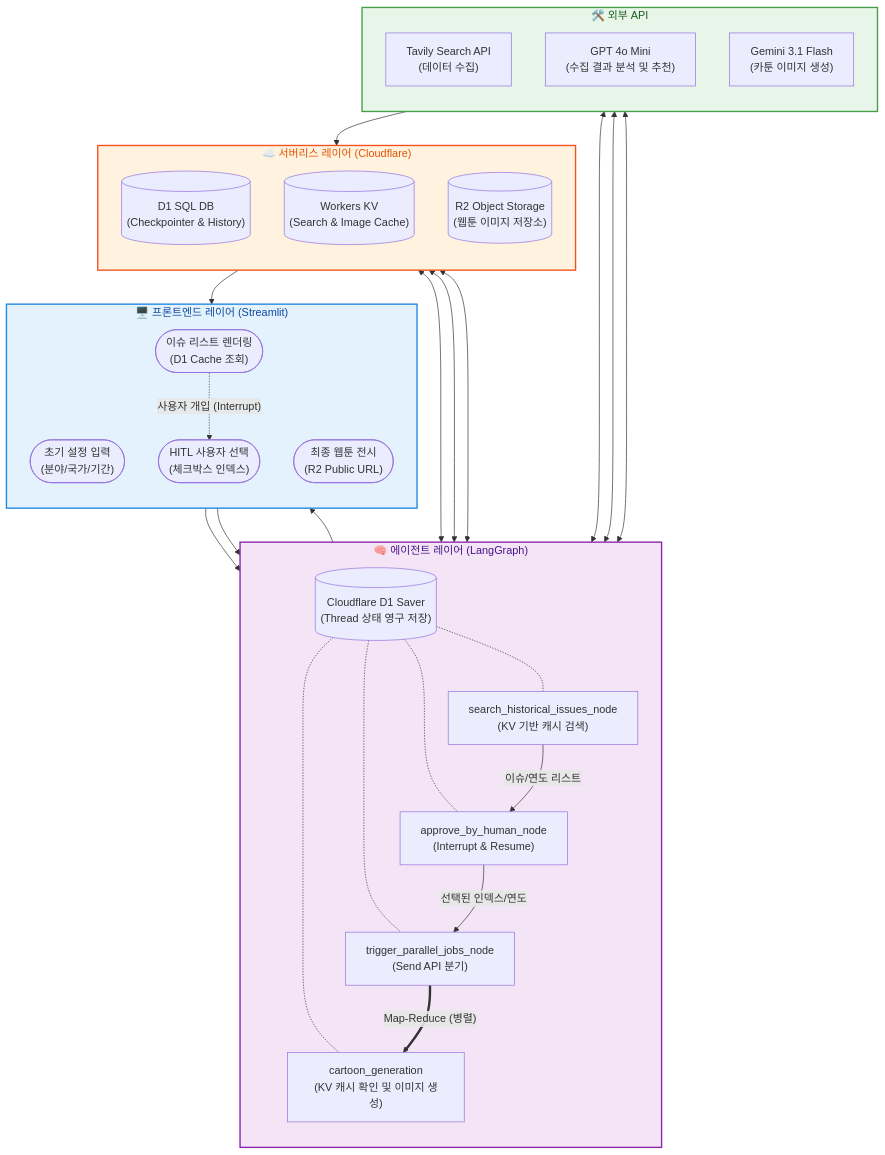
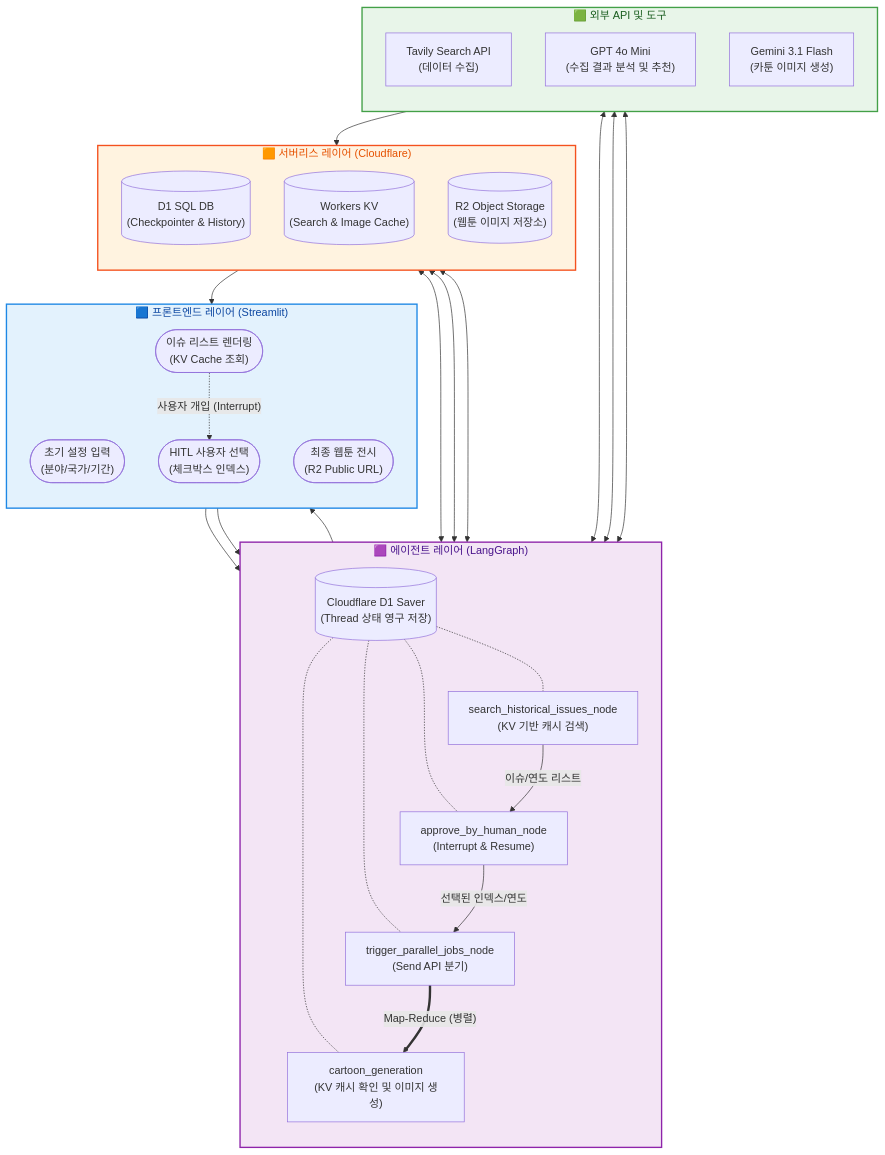
The diagram in geo_master_agents/README.md (toweringcloud/reflex-langgraph-challenge), drawn with Mermaid before and after one commit. The commit also changed other lines of this file and 3 other files, not shown here.

````diff
--- a/geo_master_agents/README.md
+++ b/geo_master_agents/README.md
@@ -51,66 +51,66 @@
 ```mermaid
 flowchart TB
     %% 스타일 정의
     classDef interface fill:#e3f2fd,stroke:#1e88e5,stroke-width:2px,color:#0d47a1
     classDef agent fill:#f3e5f5,stroke:#8e24aa,stroke-width:2px,color:#4a148c
     classDef serverless fill:#fff3e0,stroke:#f4511e,stroke-width:2px,color:#e65100
     classDef tools fill:#e8f5e9,stroke:#43a047,stroke-width:2px,color:#1b5e20
 
-    subgraph Interface ["🖥️ 프론트엔드 레이어 (Streamlit)"]
+    subgraph Interface ["🟦 프론트엔드 레이어 (Streamlit)"]
         direction TB
         UI1(["초기 설정 입력<br/>(분야/국가/기간)"])
-        UI2(["이슈 리스트 렌더링<br/>(D1 Cache 조회)"])
+        UI2(["이슈 리스트 렌더링<br/>(KV Cache 조회)"])
         UI3(["HITL 사용자 선택<br/>(체크박스 인덱스)"])
         UI4(["최종 웹툰 전시<br/>(R2 Public URL)"])
     end
 
-    subgraph Agent ["🧠 에이전트 레이어 (LangGraph)"]
+    subgraph Agent ["🟪 에이전트 레이어 (LangGraph)"]
         direction TB
         Saver[("Cloudflare D1 Saver<br/>(Thread 상태 영구 저장)")]
         N1["search_historical_issues_node<br/>(KV 기반 캐시 검색)"]
         N2["approve_by_human_node<br/>(Interrupt & Resume)"]
         N3["trigger_parallel_jobs_node<br/>(Send API 분기)"]
         N4["cartoon_generation<br/>(KV 캐시 확인 및 이미지 생성)"]
 
         Saver -.- N1 & N2 & N3 & N4
         N1 -->|이슈/연도 리스트| N2
         N2 -->|선택된 인덱스/연도| N3
         N3 == "Map-Reduce (병렬)" ==> N4
     end
 
-    subgraph Serverless ["☁️ 서버리스 레이어 (Cloudflare)"]
+    subgraph Serverless ["🟧 서버리스 레이어 (Cloudflare)"]
         direction TB
         D1[("D1 SQL DB<br/>(Checkpointer & History)")]
         KV[("Workers KV<br/>(Search & Image Cache)")]
         R2[("R2 Object Storage<br/>(웹툰 이미지 저장소)")]
     end
 
-    subgraph Tools ["🛠️ 외부 API"]
+    subgraph Tools ["🟩 외부 API 및 도구"]
         direction TB
         Tavily["Tavily Search API<br/>(데이터 수집)"]
         GPT["GPT 4o Mini<br/>(수집 결과 분석 및 추천)"]
         Gemini["Gemini 3.1 Flash<br/>(카툰 이미지 생성)"]
     end
 
     %% 상호작용 흐름
     UI1 --> N1
     N1 <--> GPT
     N1 <--> KV
     N1 <--> Tavily
     N1 --> UI2
 
     UI2 -. "사용자 개입 (Interrupt)" .-> UI3
     UI3 --> N2
     N2 <--> D1
 
     N4 <--> KV
     N4 <--> Gemini
     Gemini --> R2
     R2 --> UI4
 
     %% 클래스 적용
     class Interface interface
     class Agent agent
     class Serverless serverless
     class Tools tools
 ```
````
